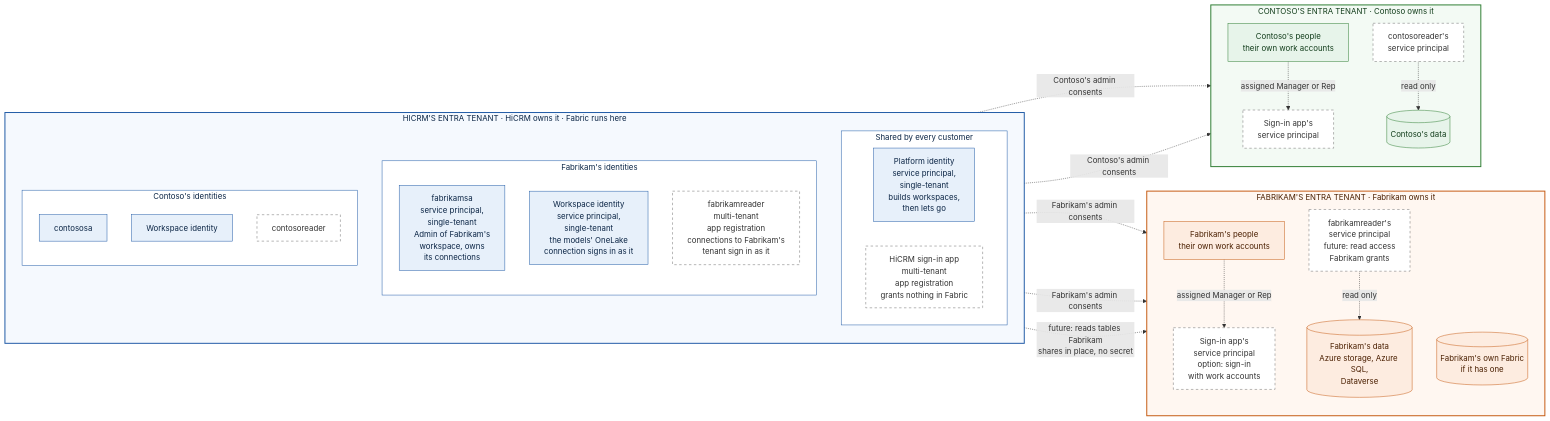
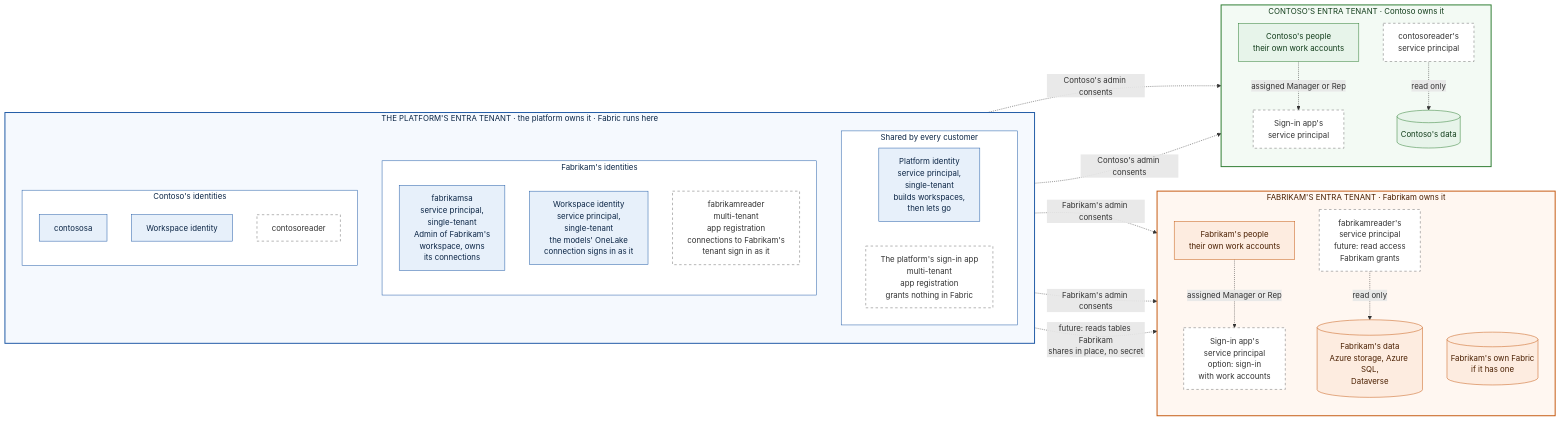
One commit to apkola29/fabric changed the first of 5 diagrams in saas-platform/IDENTITIES.md. Above: the diagram before and after it, drawn with Mermaid. The commit also changed other lines of this file and 72 other files, not shown here.

First line of the commit message:
saas-platform: rename HiCRM to the platform app; official Fabric icons

````diff
--- a/saas-platform/IDENTITIES.md
+++ b/saas-platform/IDENTITIES.md
@@ -58,69 +58,69 @@
 ```mermaid
 flowchart LR
-  %% Where each identity lives. Orange: Fabrikam's Entra tenant. Green: Contoso's. Blue: HiCRM's, where Fabric runs.
-  %% Solid: built and running today. Dashed: the work-account sign-in option and the data integration add-on.
+  %% Where each identity lives. Orange: Fabrikam's Entra tenant. Green: Contoso's. Blue: the platform's, where Fabric
+  %% runs. Solid: built and running today. Dashed: the work-account sign-in option and the data integration add-on.
 
   subgraph FT["FABRIKAM'S ENTRA TENANT · Fabrikam owns it"]
     direction TB
     FPPL["Fabrikam's people<br/>their own work accounts"]
     FSIGN["Sign-in app's<br/>service principal<br/>option: sign-in<br/>with work accounts"]
     FCON["fabrikamreader's<br/>service principal<br/>future: read access<br/>Fabrikam grants"]
     FDATA[("Fabrikam's data<br/>Azure storage, Azure SQL,<br/>Dataverse")]
     FFAB[("Fabrikam's own Fabric<br/>if it has one")]
   end
 
   subgraph CT["CONTOSO'S ENTRA TENANT · Contoso owns it"]
     direction TB
     CPPL["Contoso's people<br/>their own work accounts"]
     CSIGN["Sign-in app's<br/>service principal"]
     CCON["contosoreader's<br/>service principal"]
     CDATA[("Contoso's data")]
   end
 
-  subgraph HT["HICRM'S ENTRA TENANT · HiCRM owns it · Fabric runs here"]
+  subgraph HT["THE PLATFORM'S ENTRA TENANT · the platform owns it · Fabric runs here"]
     direction TB
     subgraph SHARED["Shared by every customer"]
       direction LR
       PID["Platform identity<br/>service principal,<br/>single-tenant<br/>builds workspaces,<br/>then lets go"]
-      SIGN["HiCRM sign-in app<br/>multi-tenant<br/>app registration<br/>grants nothing in Fabric"]
+      SIGN["The platform's sign-in app<br/>multi-tenant<br/>app registration<br/>grants nothing in Fabric"]
     end
     subgraph FID["Fabrikam's identities"]
       direction TB
       FSA["fabrikamsa<br/>service principal,<br/>single-tenant<br/>Admin of Fabrikam's<br/>workspace, owns<br/>its connections"]
       FWI["Workspace identity<br/>service principal,<br/>single-tenant<br/>the models' OneLake<br/>connection signs in as it"]
       FCA["fabrikamreader<br/>multi-tenant<br/>app registration<br/>connections to Fabrikam's<br/>tenant sign in as it"]
     end
     subgraph CID["Contoso's identities"]
       direction TB
       CSA["contososa"]
       CWI["Workspace identity"]
       CCA["contosoreader"]
     end
   end
 
   SIGN -.->|"Fabrikam's admin consents"| FSIGN
   SIGN -.->|"Contoso's admin consents"| CSIGN
   FCA -.->|"Fabrikam's admin consents"| FCON
   CCA -.->|"Contoso's admin consents"| CCON
   FPPL -.->|"assigned Manager or Rep"| FSIGN
   CPPL -.->|"assigned Manager or Rep"| CSIGN
   FCON -.->|"read only"| FDATA
   FSA -.->|"future: reads tables Fabrikam<br/>shares in place, no secret"| FFAB
   CCON -.->|"read only"| CDATA
 
   classDef fabrikam fill:#FDECE0,stroke:#C55A11,color:#4A1F00
   classDef contoso fill:#E7F4EA,stroke:#2E7D32,color:#123D1B
-  classDef hicrm fill:#E7F0FA,stroke:#1F5AA6,color:#0B2545
+  classDef platform fill:#E7F0FA,stroke:#1F5AA6,color:#0B2545
   classDef microsoft fill:#EEEEEE,stroke:#5F5F5F,color:#1F1F1F
   classDef future fill:#FFFFFF,stroke:#6B6B6B,stroke-dasharray:5 5,color:#333333
   class FPPL,FDATA,FFAB fabrikam
   class CPPL,CDATA contoso
-  class PID,FSA,FWI,CSA,CWI hicrm
+  class PID,FSA,FWI,CSA,CWI platform
   class FSIGN,FCON,CSIGN,CCON,SIGN,FCA,CCA future
   style FT fill:#FFF7F1,stroke:#C55A11,stroke-width:2px,color:#4A1F00
   style CT fill:#F3FAF4,stroke:#2E7D32,stroke-width:2px,color:#123D1B
   style HT fill:#F5F9FE,stroke:#1F5AA6,stroke-width:2px,color:#0B2545
   style SHARED fill:#FFFFFF,stroke:#1F5AA6,color:#0B2545
   style FID fill:#FFFFFF,stroke:#1F5AA6,color:#0B2545
   style CID fill:#FFFFFF,stroke:#1F5AA6,color:#0B2545
 ```
````
